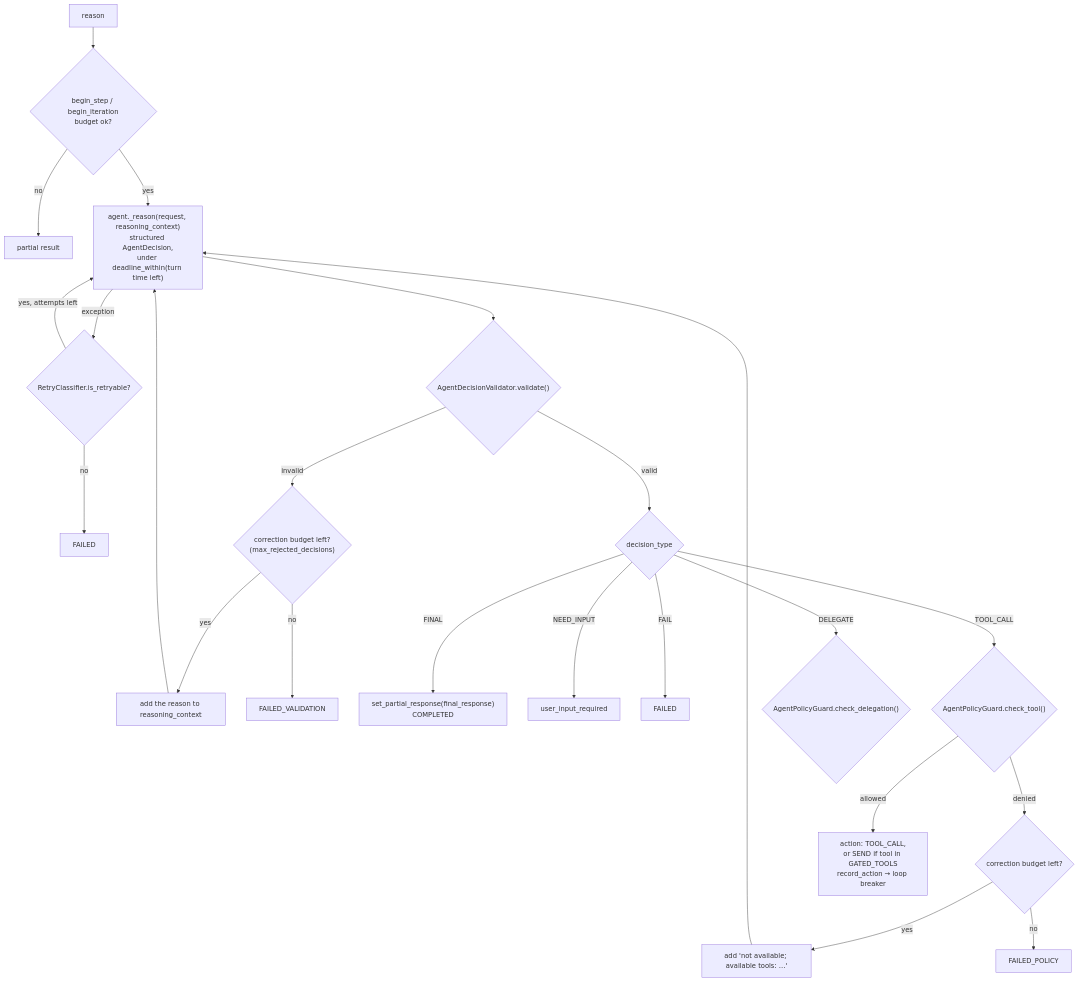
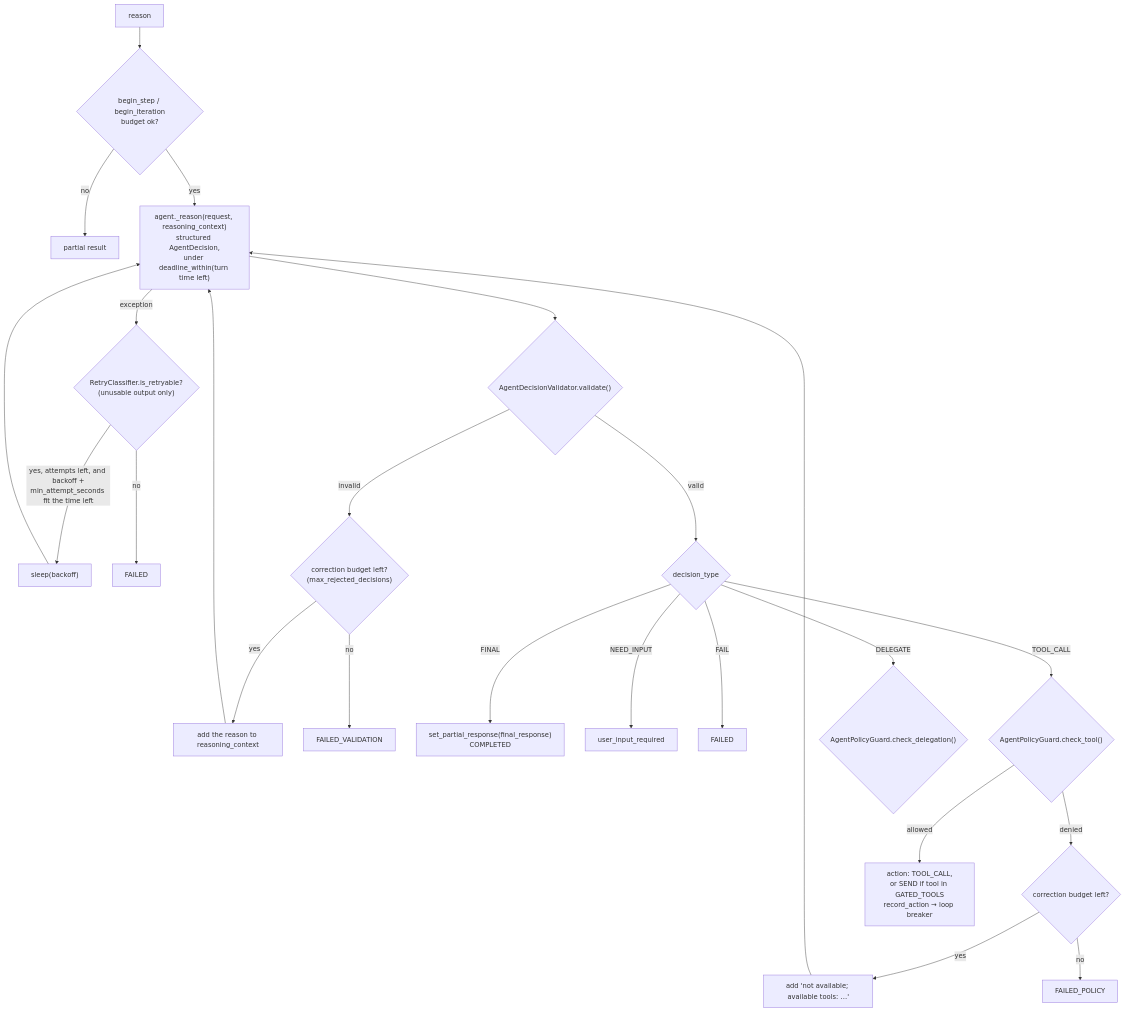
The first of 2 diagrams in server/src/agentic/agents/runtime/README.md (bharatkse/juris-ai), drawn with Mermaid before and after one commit. The commit also changed other lines of this file and 41 other files, not shown here.

````diff
--- a/server/src/agentic/agents/runtime/README.md
+++ b/server/src/agentic/agents/runtime/README.md
@@ -24,23 +24,23 @@
 ```mermaid
 flowchart TD
     S[reason] --> B1{"begin_step / begin_iteration<br/>budget ok?"}
     B1 -->|no| PART[partial result]
     B1 -->|yes| R["agent._reason(request, reasoning_context)<br/>structured AgentDecision,<br/>under deadline_within(turn time left)"]
-    R -->|exception| RC{"RetryClassifier.is_retryable?"}
-    RC -->|yes, attempts left| R
+    R -->|exception| RC{"RetryClassifier.is_retryable?<br/>(unusable output only)"}
+    RC -->|"yes, attempts left, and backoff +<br/>min_attempt_seconds fit the time left"| BO["sleep(backoff)"] --> R
     RC -->|no| FAILR[FAILED]
     R --> V{"AgentDecisionValidator.validate()"}
     V -->|invalid| CV{"correction budget left?<br/>(max_rejected_decisions)"}
     CV -->|yes| FBV["add the reason to reasoning_context"] --> R
     CV -->|no| FAILV["FAILED_VALIDATION"]
     V -->|valid| D{decision_type}
     D -->|FINAL| F["set_partial_response(final_response)<br/>COMPLETED"]
     D -->|NEED_INPUT| NI[user_input_required]
     D -->|FAIL| FL[FAILED]
     D -->|TOOL_CALL| P{"AgentPolicyGuard.check_tool()"}
     P -->|denied| CP{"correction budget left?"}
     CP -->|yes| FBP["add 'not available; available tools: …'"] --> R
     CP -->|no| FP["FAILED_POLICY"]
     P -->|allowed| ACT["action: TOOL_CALL,<br/>or SEND if tool in GATED_TOOLS<br/>record_action → loop breaker"]
     D -->|DELEGATE| PD{"AgentPolicyGuard.check_delegation()"}
 ```
````
